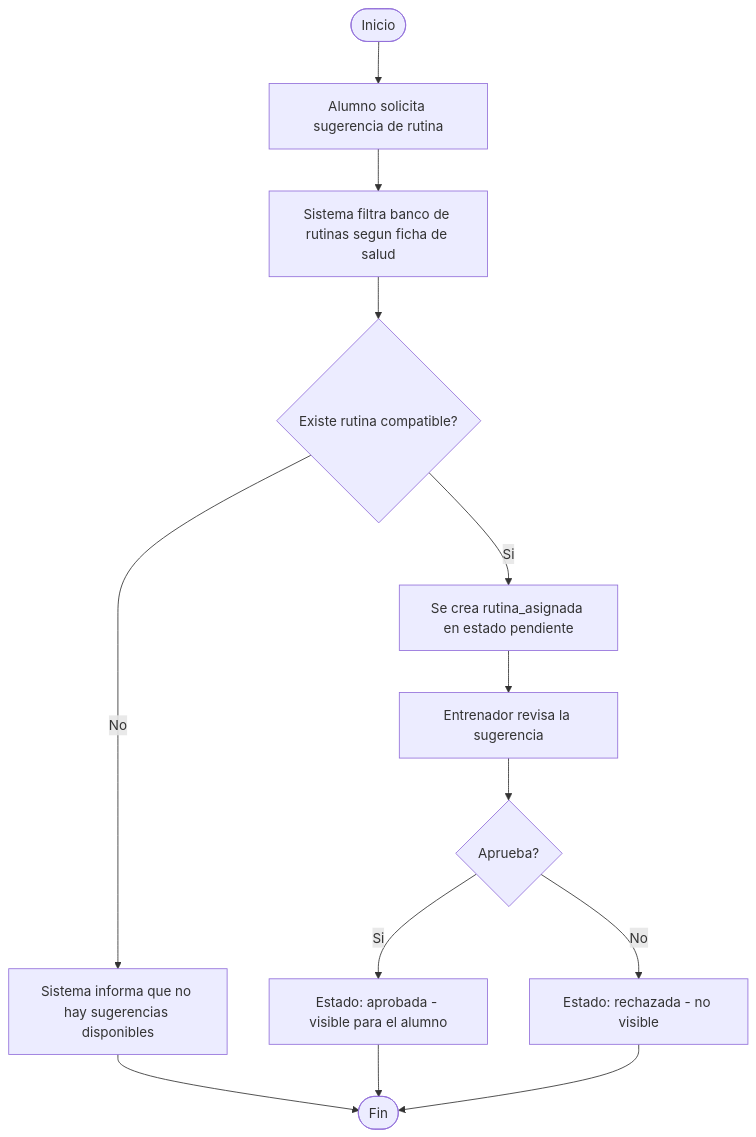
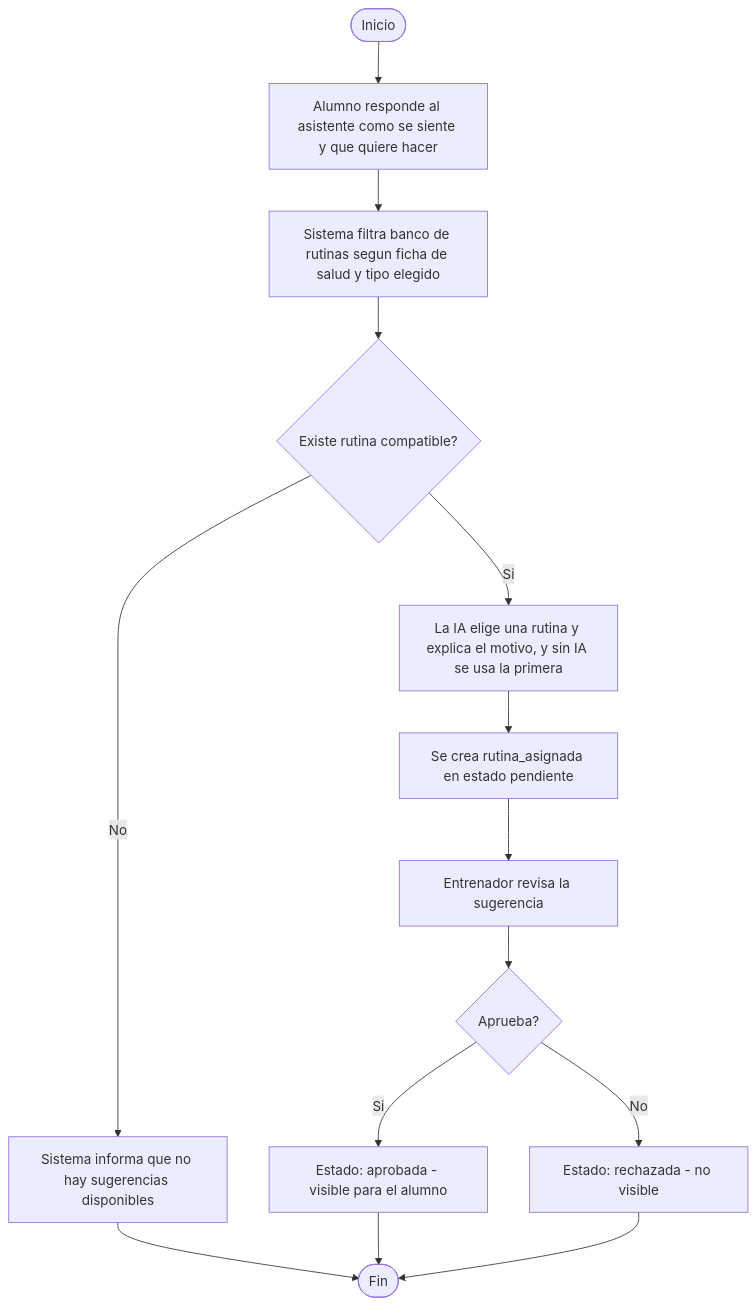
Before and after one commit to pao41/Trabajo-Final-Integrador: the second of 3 diagrams in docs/diagrama_actividades.md, drawn with Mermaid. The commit also changed 1 other file, not shown here.

Commit message:
docs: actualizar los diagramas del asistente de IA

````diff
--- a/docs/diagrama_actividades.md
+++ b/docs/diagrama_actividades.md
@@ -24,15 +24,16 @@
 ```mermaid
 flowchart TD
-    Start([Inicio]) --> A[Alumno solicita sugerencia de rutina]
-    A --> B[Sistema filtra banco de rutinas segun ficha de salud]
+    Start([Inicio]) --> A[Alumno responde al asistente como se siente y que quiere hacer]
+    A --> B[Sistema filtra banco de rutinas segun ficha de salud y tipo elegido]
     B --> C{Existe rutina compatible?}
     C -->|No| D[Sistema informa que no hay sugerencias disponibles]
-    C -->|Si| E[Se crea rutina_asignada en estado pendiente]
+    C -->|Si| C2[La IA elige una rutina y explica el motivo, y sin IA se usa la primera]
+    C2 --> E[Se crea rutina_asignada en estado pendiente]
     E --> F[Entrenador revisa la sugerencia]
     F --> G{Aprueba?}
     G -->|Si| H[Estado: aprobada - visible para el alumno]
     G -->|No| I[Estado: rechazada - no visible]
     D --> End([Fin])
     H --> End
     I --> End
 ```
````
